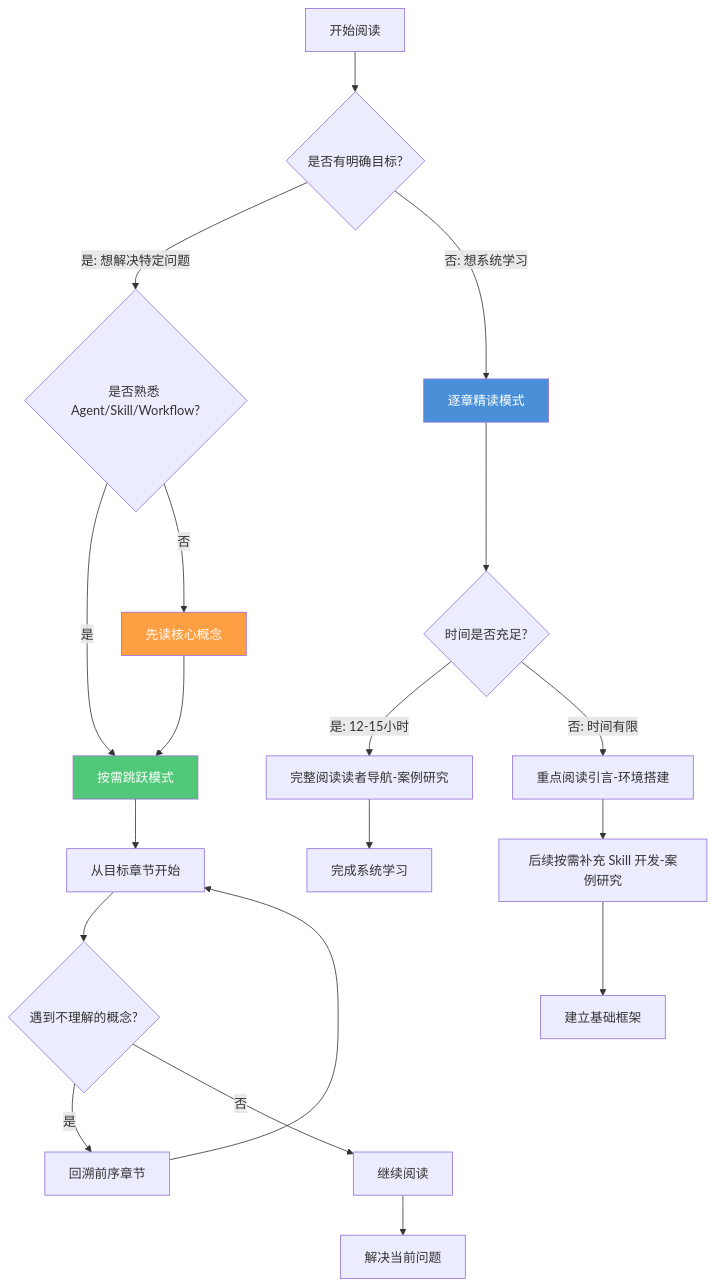
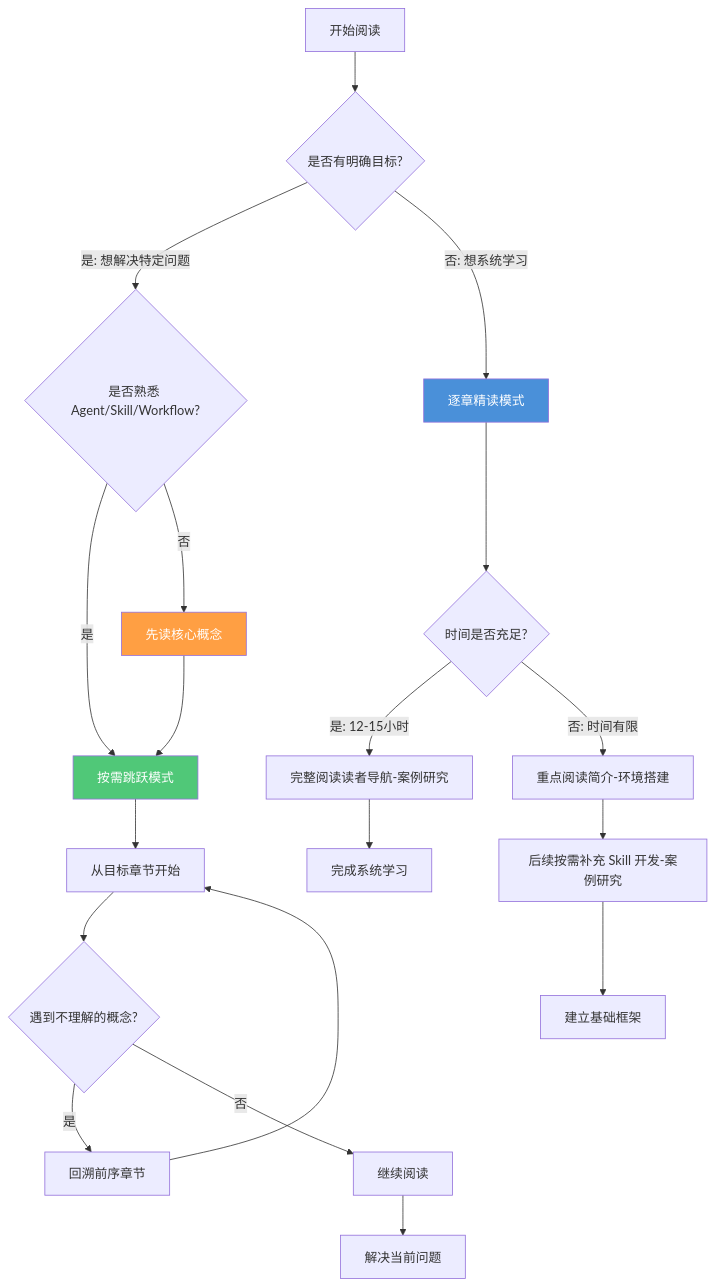
One commit to tonydeng/harness-engineering-from-oc-to-ai-coding changed the first of 2 diagrams in src/00-guide/how-to-read.md. Above: the diagram before and after it, drawn with Mermaid. The commit also changed other lines of this file and 76 other files, not shown here.

````diff
--- a/src/00-guide/how-to-read.md
+++ b/src/00-guide/how-to-read.md
@@ -66,25 +66,25 @@
 ```mermaid
 flowchart TB
     A[开始阅读] --> B{是否有明确目标?}
     B -->|是: 想解决特定问题| C{是否熟悉 Agent/Skill/Workflow?}
     B -->|否: 想系统学习| D[逐章精读模式]
     C -->|是| E[按需跳跃模式]
     C -->|否| F[先读核心概念]
     F --> E
     D --> G{时间是否充足?}
     G -->|是: 12-15小时| H[完整阅读读者导航-案例研究]
-    G -->|否: 时间有限| I[重点阅读引言-环境搭建]
+    G -->|否: 时间有限| I[重点阅读简介-环境搭建]
     I --> J[后续按需补充 Skill 开发-案例研究]
     E --> K[从目标章节开始]
     K --> L{遇到不理解的概念?}
     L -->|是| M[回溯前序章节]
     M --> K
     L -->|否| N[继续阅读]
     H --> O[完成系统学习]
     J --> P[建立基础框架]
     N --> Q[解决当前问题]
 
     style D fill:#4A90D9,color:#fff
     style E fill:#50C878,color:#fff
     style F fill:#FF9F43,color:#fff
 ```
````
